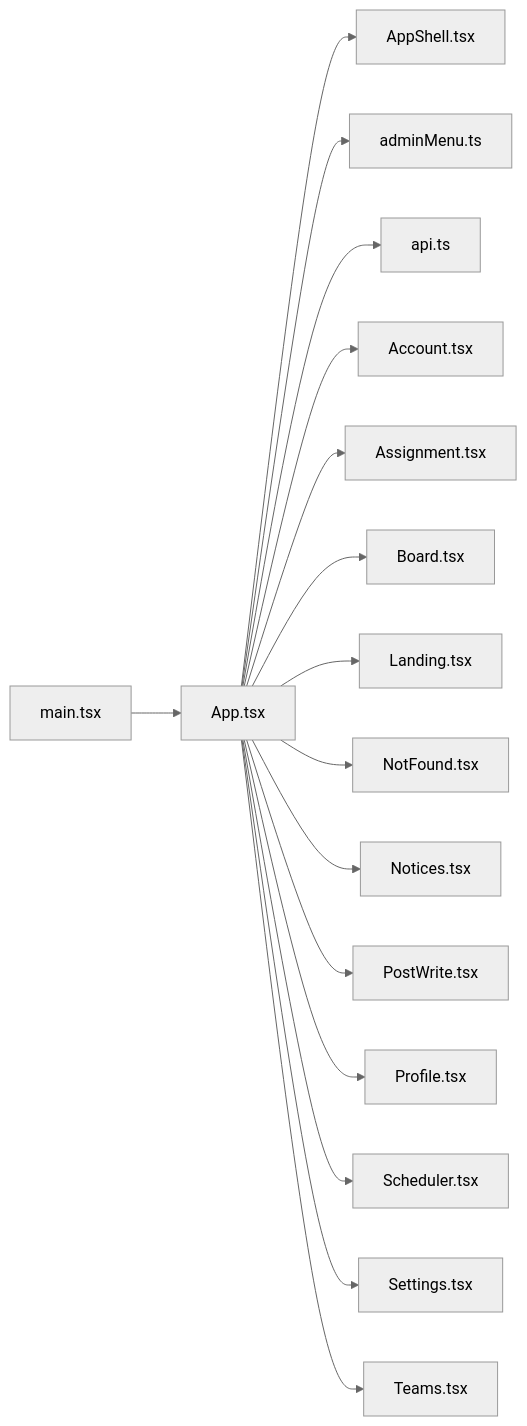
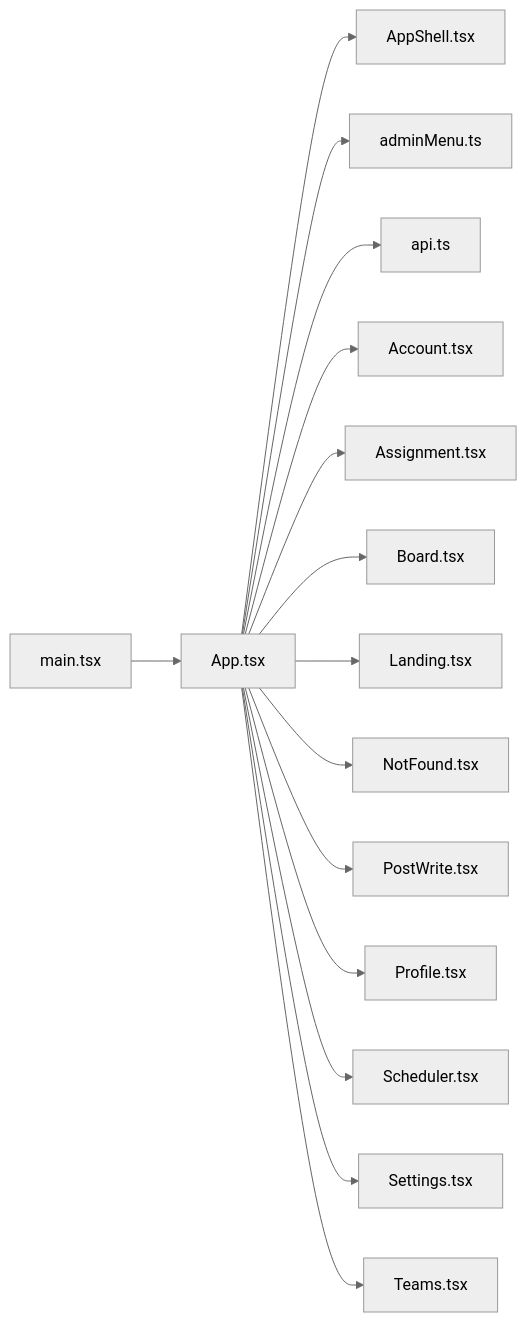
One commit to minkong-dev/Banblit changed the diagram in .cluedoc/graph/frontend/src/App.md. Above: the diagram before and after it, drawn with Mermaid (neutral theme). The commit also changed other lines of this file and 78 other files, not shown here.

````diff
--- a/.cluedoc/graph/frontend/src/App.md
+++ b/.cluedoc/graph/frontend/src/App.md
@@ -10,19 +10,18 @@
 ```mermaid
 flowchart LR
   frontend_src_App["App.tsx"]
   frontend_src_App --> frontend_src_components_AppShell["AppShell.tsx"]
   frontend_src_App --> frontend_src_lib_adminMenu["adminMenu.ts"]
   frontend_src_App --> frontend_src_lib_api["api.ts"]
   frontend_src_App --> frontend_src_routes_Account["Account.tsx"]
   frontend_src_App --> frontend_src_routes_Assignment["Assignment.tsx"]
   frontend_src_App --> frontend_src_routes_Board["Board.tsx"]
   frontend_src_App --> frontend_src_routes_Landing["Landing.tsx"]
   frontend_src_App --> frontend_src_routes_NotFound["NotFound.tsx"]
-  frontend_src_App --> frontend_src_routes_Notices["Notices.tsx"]
   frontend_src_App --> frontend_src_routes_PostWrite["PostWrite.tsx"]
   frontend_src_App --> frontend_src_routes_Profile["Profile.tsx"]
   frontend_src_App --> frontend_src_routes_Scheduler["Scheduler.tsx"]
   frontend_src_App --> frontend_src_routes_Settings["Settings.tsx"]
   frontend_src_App --> frontend_src_routes_Teams["Teams.tsx"]
   frontend_src_main["main.tsx"] --> frontend_src_App
 ```
````
